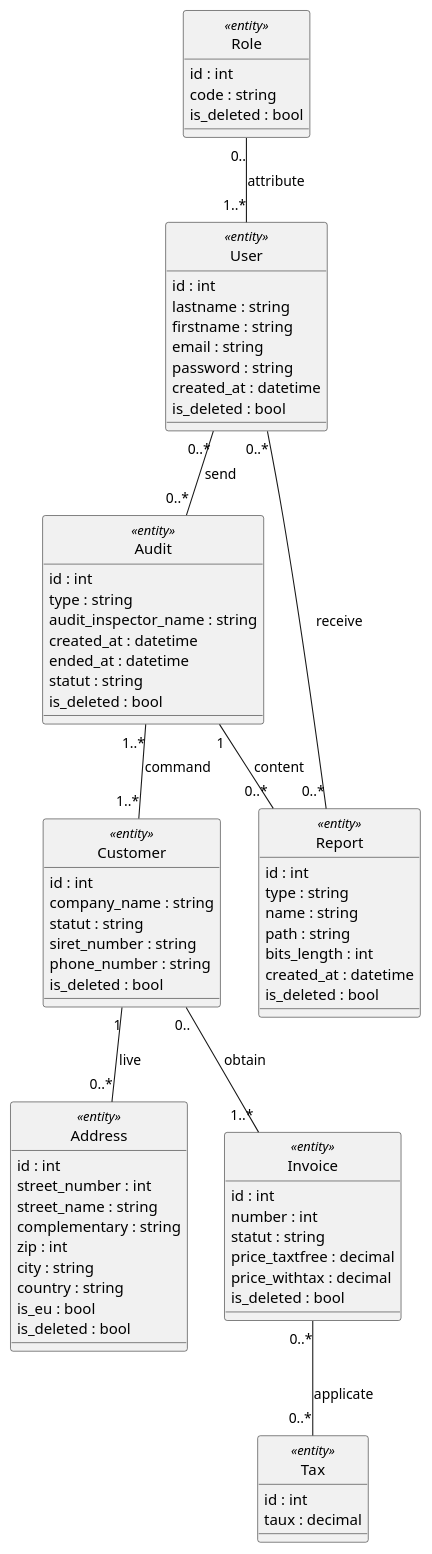
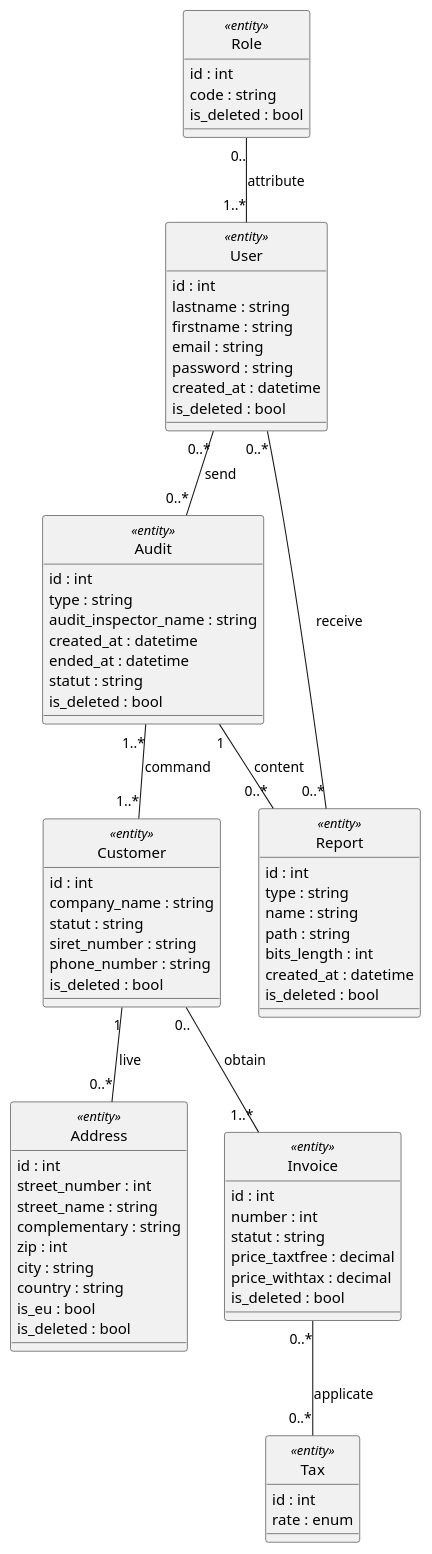
One commit to PatrickBevis/cassandra-project changed the diagram in conception/casandrav1MCD.puml. Above: the diagram before and after it, drawn with PlantUML. The commit also changed 2 other files, not shown here.

```diff
--- a/conception/casandrav1MCD.puml
+++ b/conception/casandrav1MCD.puml
@@ -1,94 +1,94 @@
 @startuml Cassandra
 hide circle
 skinparam classAttributeIconSize 0
 
 
 ''''''''''Référentiels'''''''''
 
 class Role <<entity>> {
   id : int
   code : string
   is_deleted : bool
 }
 
 class User <<entity>> {
   id : int
   lastname : string
   firstname : string
   email : string
   password : string
   created_at : datetime
   is_deleted : bool
 }
 
 
 ''''''''''' Métier''''''''''
 
 class Address <<entity>> {
   id : int
   street_number : int
   street_name : string
   complementary : string
   zip : int
   city : string
   country : string
   is_eu : bool
   is_deleted : bool
 }
 
 class Customer <<entity>> {
   id : int
   company_name : string
   statut : string
   siret_number : string
   phone_number : string
   is_deleted : bool
 }
 
 class Invoice <<entity>> {
   id : int
   number : int
   statut : string
   price_taxtfree : decimal
   price_withtax : decimal
   is_deleted : bool
 }
 
 class Tax <<entity>> {
   id : int
-  taux : decimal
+  rate : enum
 }
 
 class Audit <<entity>> {
   id : int
   type : string
   audit_inspector_name : string
   created_at : datetime
   ended_at : datetime
   statut : string
   is_deleted : bool
 }
 
 class Report <<entity>> {
   id : int
   type : string
   name : string
   path : string
   bits_length : int
   created_at : datetime
   is_deleted : bool
 }
 
 
 '''''''''''''Relations'''''''''''''
 
 Role     "0.."   -- "1..*" User     : attribute
 User     "0..*"  -- "0..*" Audit    : send
 User     "0..*"  -- "0..*" Report   : receive
 Audit    "1"     -- "0..*" Report   : content
 Audit    "1..*"  -- "1..*" Customer : command
 Customer "1"     -- "0..*" Address  : live
 Customer "0.."   -- "1..*" Invoice  : obtain
 Invoice  "0..*"  -- "0..*" Tax      : applicate
 
 @enduml
```
